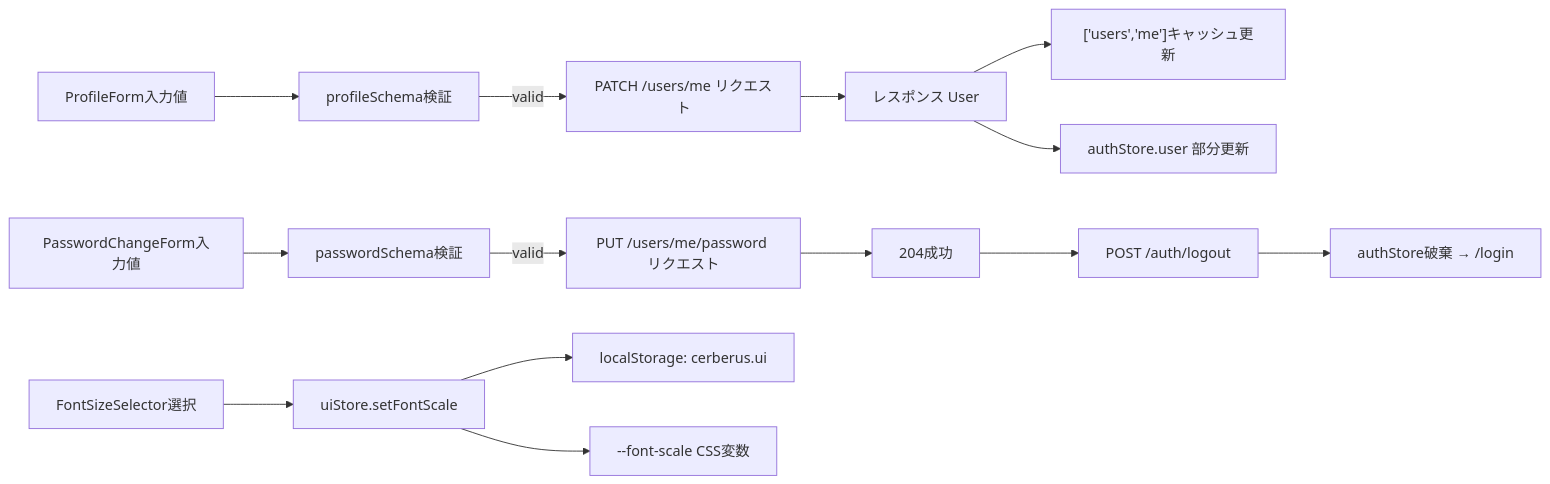
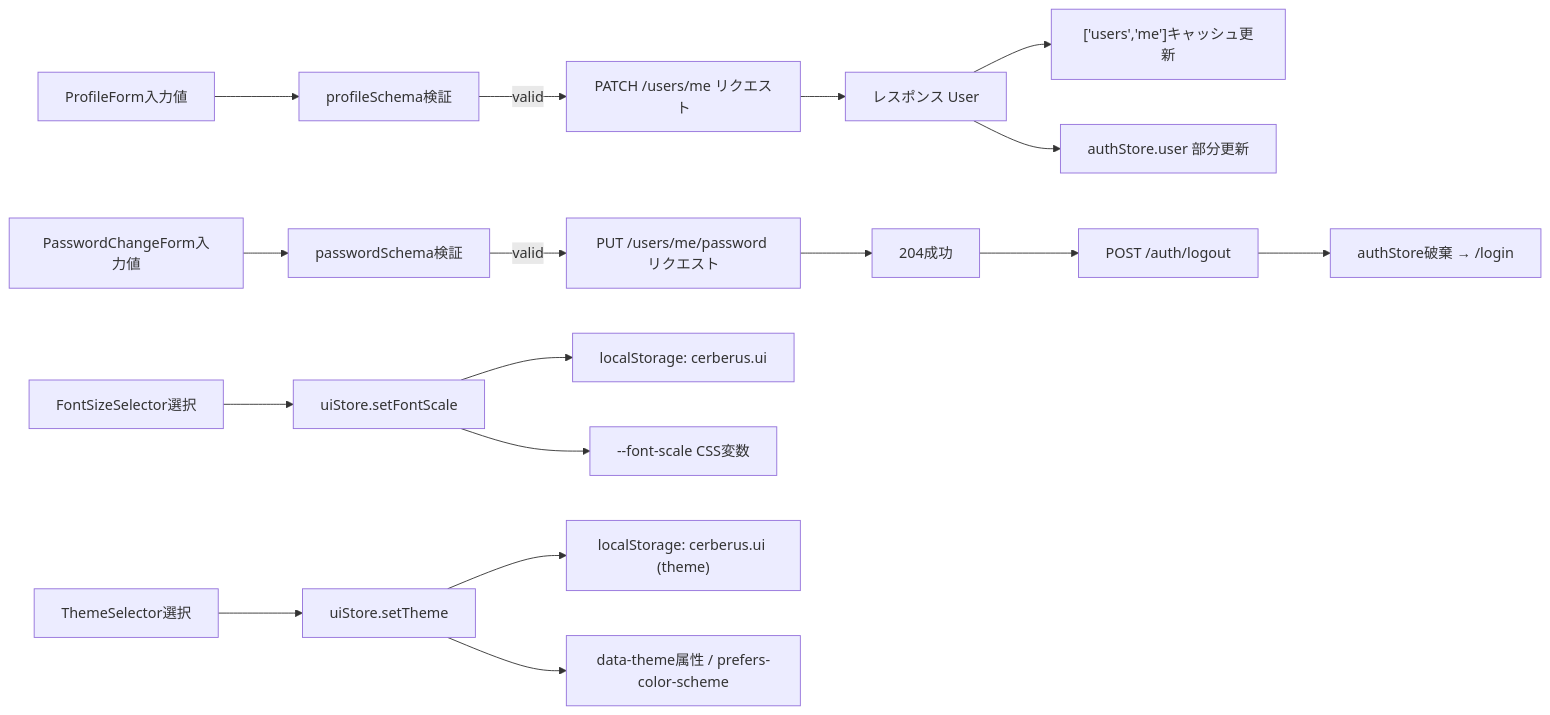
The fifth of 5 diagrams in docs/detailed_design/screen/09_settings.md (oikawa-d/task_management), drawn with Mermaid before and after one commit. The commit also changed other lines of this file and 94 other files, not shown here.

First line of the commit message:
[roadmap] v3 フロントエンドUIスタイリング整備(ダークモード対応含む) (#562)

````diff
--- a/docs/detailed_design/screen/09_settings.md
+++ b/docs/detailed_design/screen/09_settings.md
@@ -288,18 +291,22 @@
 ```mermaid
 flowchart LR
     A["ProfileForm入力値"] --> B["profileSchema検証"]
     B -->|valid| C["PATCH /users/me リクエスト"]
     C --> D["レスポンス User"]
     D --> E["['users','me']キャッシュ更新"]
     D --> F["authStore.user 部分更新"]
 
     G["PasswordChangeForm入力値"] --> H["passwordSchema検証"]
     H -->|valid| I["PUT /users/me/password リクエスト"]
     I --> J["204成功"]
     J --> K["POST /auth/logout"]
     K --> L["authStore破棄 → /login"]
 
     M["FontSizeSelector選択"] --> N["uiStore.setFontScale"]
     N --> O["localStorage: cerberus.ui"]
     N --> P["--font-scale CSS変数"]
+
+    T["ThemeSelector選択"] --> U["uiStore.setTheme"]
+    U --> V["localStorage: cerberus.ui (theme)"]
+    U --> W["data-theme属性 / prefers-color-scheme"]
 ```
````
